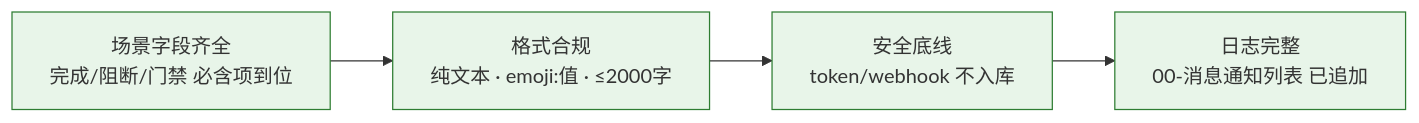
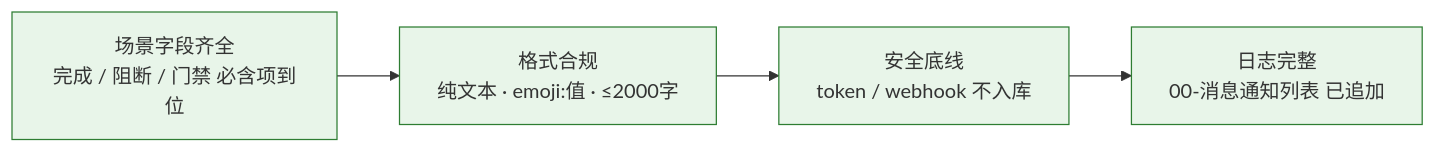
Before and after one commit to effiy/YrY: diagram 11 of 11 in skills/wework-bot/SKILL.md, drawn with Mermaid. The commit also changed other lines of this file and 14 other files, not shown here.

````diff
--- a/skills/wework-bot/SKILL.md
+++ b/skills/wework-bot/SKILL.md
@@ -252,8 +390,8 @@
 ```mermaid
 flowchart LR
-    S1["场景字段齐全<br/>完成/阻断/门禁 必含项到位"]:::sig --> S2["格式合规<br/>纯文本 · emoji:值 · ≤2000字"]:::sig
-    S2 --> S3["安全底线<br/>token/webhook 不入库"]:::sig
+    S1["场景字段齐全<br/>完成 / 阻断 / 门禁 必含项到位"]:::sig --> S2["格式合规<br/>纯文本 · emoji:值 · ≤2000字"]:::sig
+    S2 --> S3["安全底线<br/>token / webhook 不入库"]:::sig
     S3 --> S4["日志完整<br/>00-消息通知列表 已追加"]:::sig
 
     classDef sig fill:#e8f5e9,stroke:#2e7d32;
 ```
````
